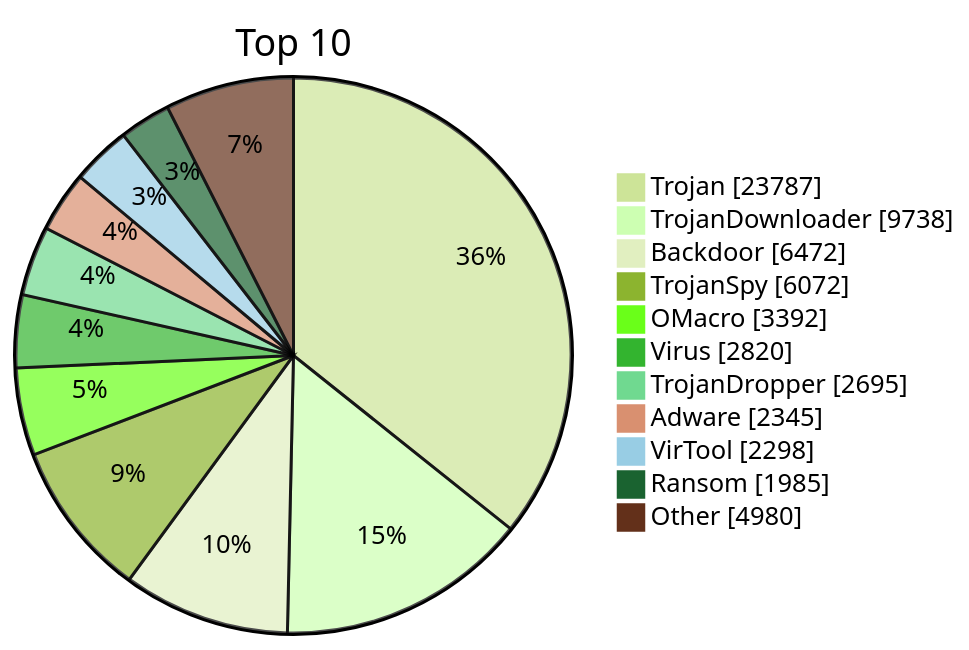
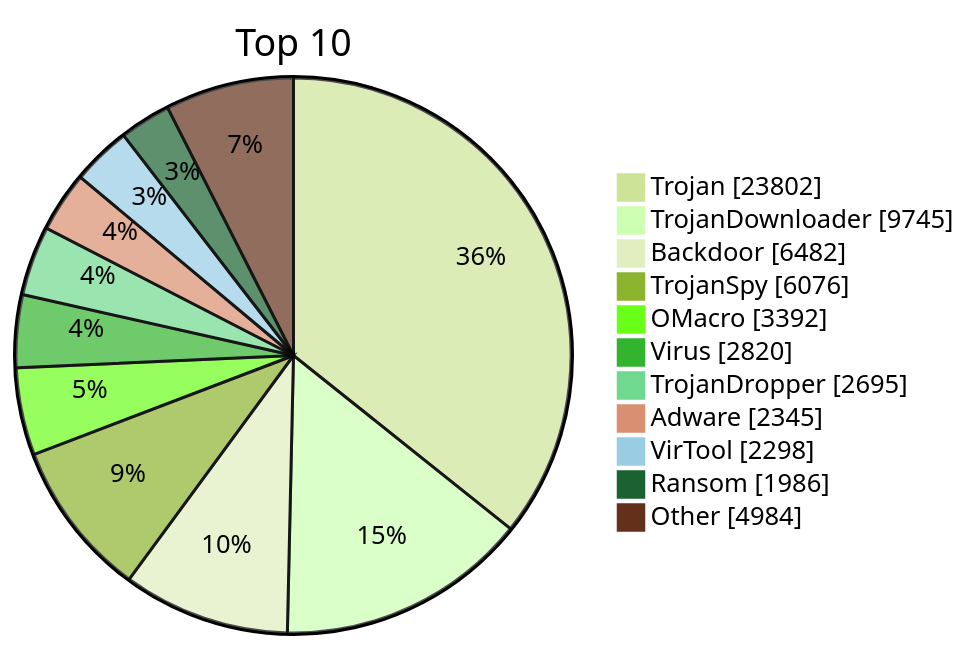
One commit to JerryLinLinLin/huorong-virdb-changelog changed the diagram in README.md. Above: the diagram before and after it, drawn with Mermaid (forest theme). The commit also changed other lines of this file and 13 other files, not shown here.

````diff
--- a/README.md
+++ b/README.md
@@ -18,15 +18,15 @@
 ```mermaid
 pie showData
     title Top 10
-    "Trojan" : 23787
-    "TrojanDownloader" : 9738
-    "Backdoor" : 6472
-    "TrojanSpy" : 6072
+    "Trojan" : 23802
+    "TrojanDownloader" : 9745
+    "Backdoor" : 6482
+    "TrojanSpy" : 6076
     "OMacro" : 3392
     "Virus" : 2820
     "TrojanDropper" : 2695
     "Adware" : 2345
     "VirTool" : 2298
-    "Ransom" : 1985
-    "Other" : 4980
+    "Ransom" : 1986
+    "Other" : 4984
 ```
````
